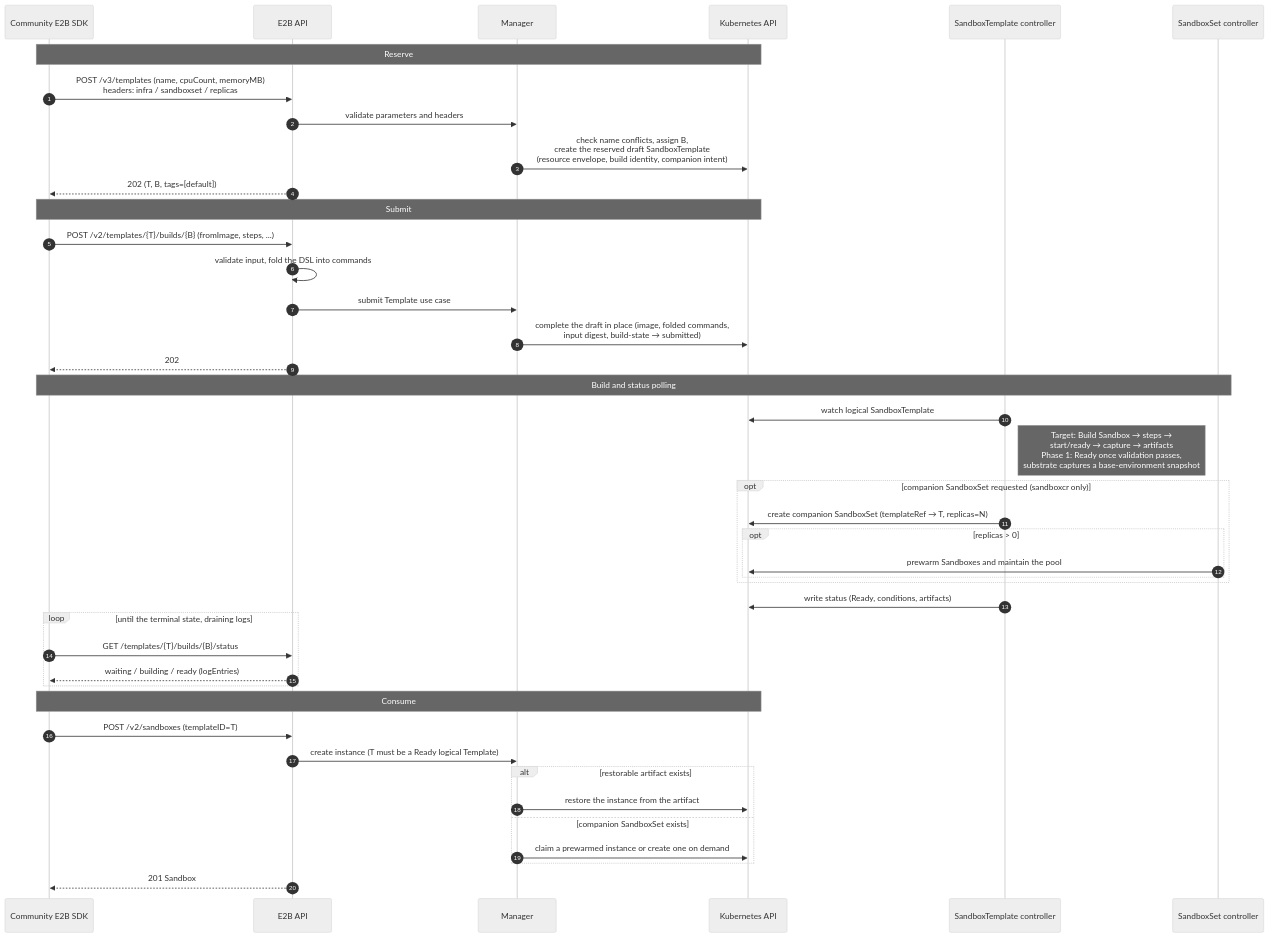
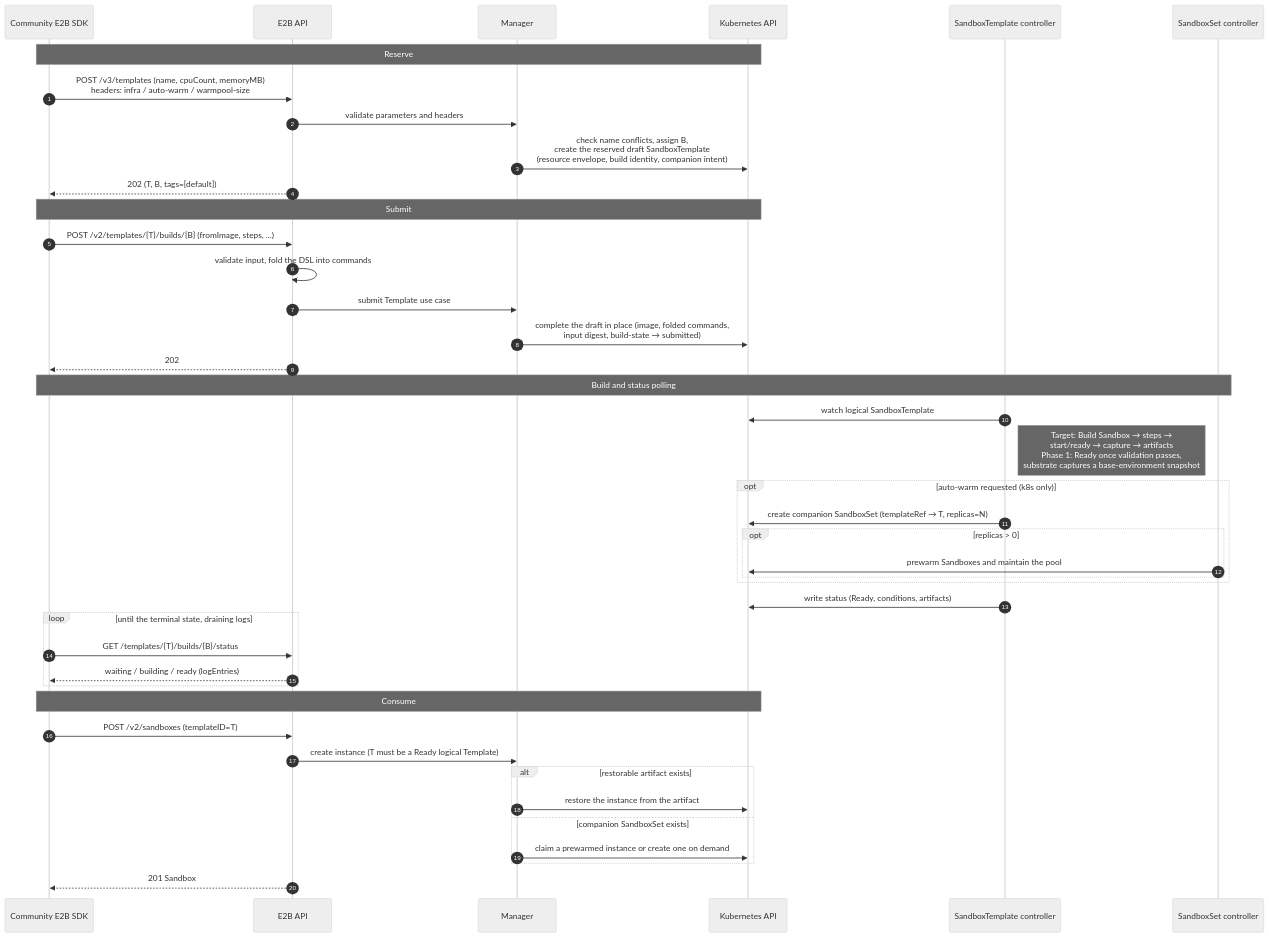
One commit to openkruise/agents changed the diagram in docs/proposals/20260916-sandbox-template-build-and-e2b-compatibility.md. Above: the diagram before and after it, drawn with Mermaid (neutral theme). The commit also changed other lines of this file, not shown here.

First line of the commit message:
docs(proposals): apply reviewer feedback on sandbox template build

````diff
--- a/docs/proposals/20260916-sandbox-template-build-and-e2b-compatibility.md
+++ b/docs/proposals/20260916-sandbox-template-build-and-e2b-compatibility.md
@@ -729,48 +734,48 @@
 ```mermaid
 sequenceDiagram
     autonumber
     participant SDK as Community E2B SDK
     participant API as E2B API
     participant Mgr as Manager
     participant K8s as Kubernetes API
     participant TCtrl as SandboxTemplate controller
     participant SCtrl as SandboxSet controller
 
     note over SDK,K8s: Reserve
-    SDK->>API: POST /v3/templates (name, cpuCount, memoryMB)<br/>headers: infra / sandboxset / replicas
+    SDK->>API: POST /v3/templates (name, cpuCount, memoryMB)<br/>headers: infra / auto-warm / warmpool-size
     API->>Mgr: validate parameters and headers
     Mgr->>K8s: check name conflicts, assign B,<br/>create the reserved draft SandboxTemplate<br/>(resource envelope, build identity, companion intent)
     API-->>SDK: 202 (T, B, tags=[default])
 
     note over SDK,K8s: Submit
     SDK->>API: POST /v2/templates/{T}/builds/{B} (fromImage, steps, ...)
     API->>API: validate input, fold the DSL into commands
     API->>Mgr: submit Template use case
     Mgr->>K8s: complete the draft in place (image, folded commands,<br/>input digest, build-state → submitted)
     API-->>SDK: 202
 
     note over SDK,SCtrl: Build and status polling
     TCtrl->>K8s: watch logical SandboxTemplate
     note right of TCtrl: Target: Build Sandbox → steps →<br/>start/ready → capture → artifacts<br/>Phase 1: Ready once validation passes,<br/>substrate captures a base-environment snapshot
-    opt companion SandboxSet requested (sandboxcr only)
+    opt auto-warm requested (k8s only)
         TCtrl->>K8s: create companion SandboxSet (templateRef → T, replicas=N)
         opt replicas > 0
             SCtrl->>K8s: prewarm Sandboxes and maintain the pool
         end
     end
     TCtrl->>K8s: write status (Ready, conditions, artifacts)
     loop until the terminal state, draining logs
         SDK->>API: GET /templates/{T}/builds/{B}/status
         API-->>SDK: waiting / building / ready (logEntries)
     end
 
     note over SDK,K8s: Consume
     SDK->>API: POST /v2/sandboxes (templateID=T)
     API->>Mgr: create instance (T must be a Ready logical Template)
     alt restorable artifact exists
         Mgr->>K8s: restore the instance from the artifact
     else companion SandboxSet exists
         Mgr->>K8s: claim a prewarmed instance or create one on demand
     end
     API-->>SDK: 201 Sandbox
 ```
````
